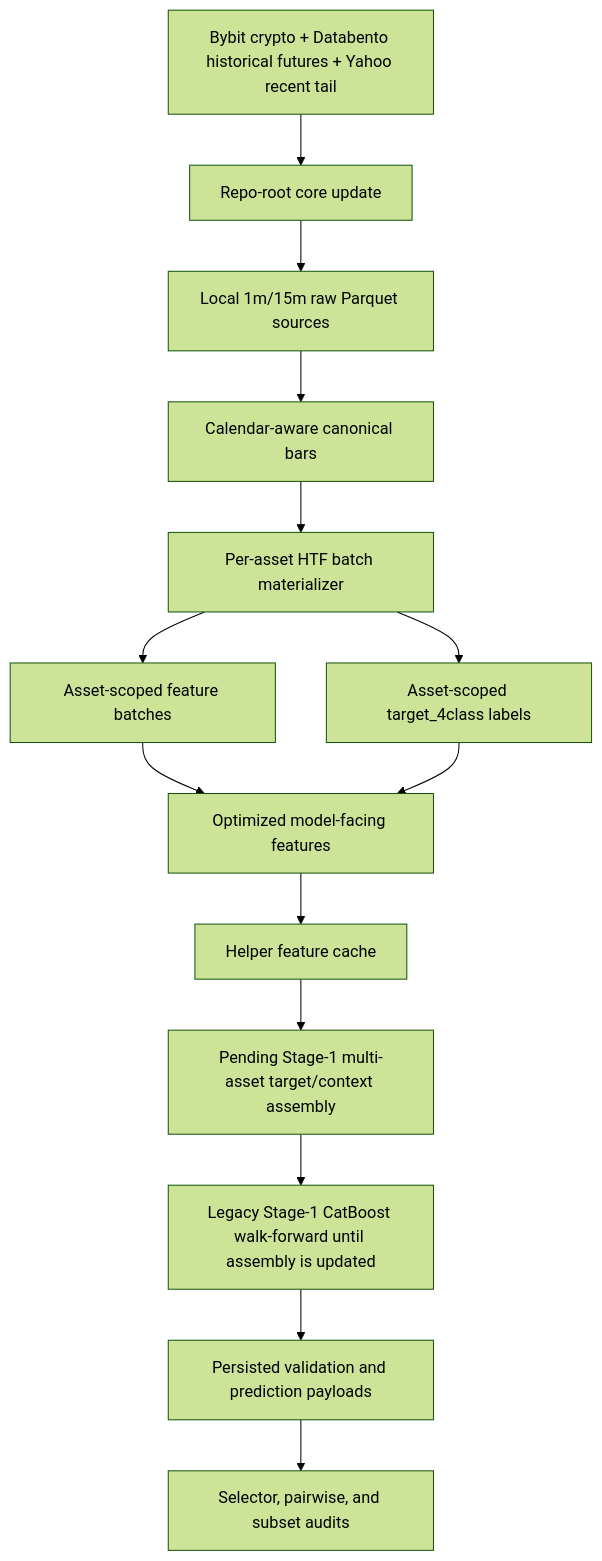
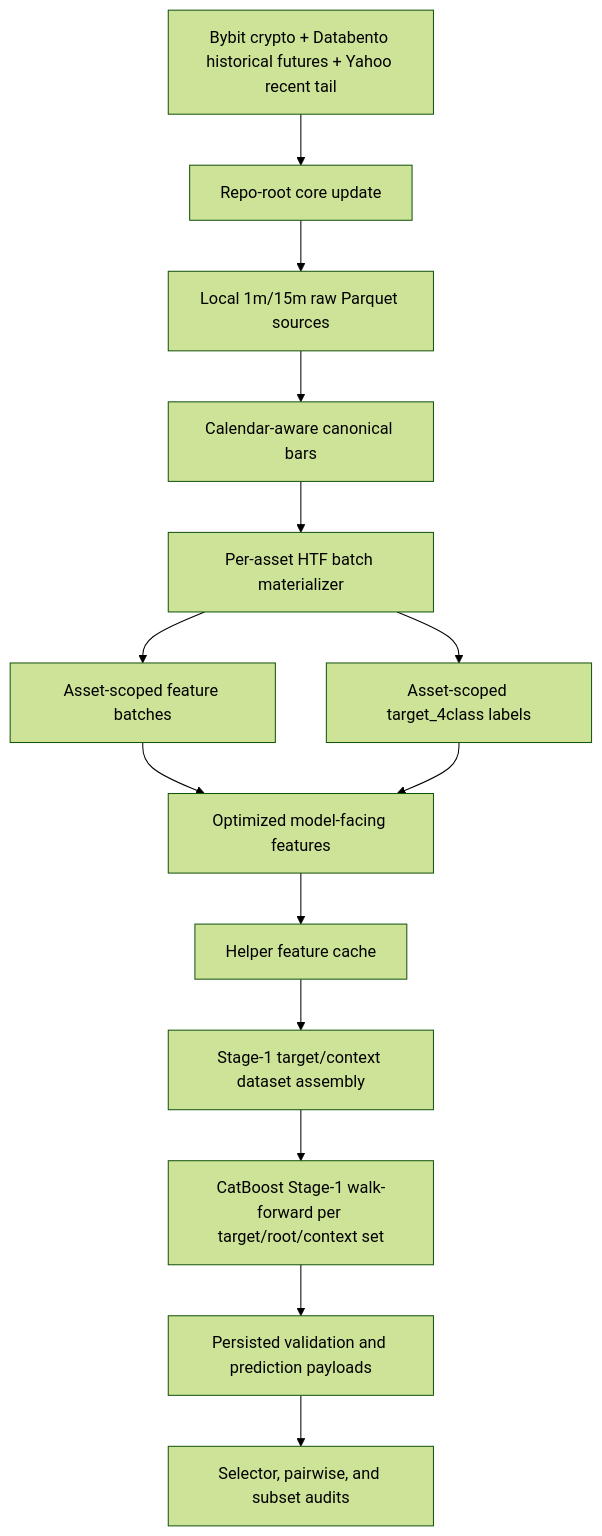
The diagram in docs/architecture/htf-workflow-architecture.md (Pr3ez/RiskYieldMM), drawn with Mermaid (forest theme) before and after one commit. The commit also changed other lines of this file and 22 other files, not shown here.

Commit message:
Add multi-asset Stage-1 dataset assembly

````diff
--- a/docs/architecture/htf-workflow-architecture.md
+++ b/docs/architecture/htf-workflow-architecture.md
@@ -11,16 +11,16 @@
 ```mermaid
 flowchart TD
     A[Bybit crypto + Databento historical futures + Yahoo recent tail] --> B[Repo-root core update]
     B --> C[Local 1m/15m raw Parquet sources]
     C --> D[Calendar-aware canonical bars]
     D --> E[Per-asset HTF batch materializer]
     E --> F[Asset-scoped feature batches]
     E --> G[Asset-scoped target_4class labels]
     F --> H[Optimized model-facing features]
     G --> H
     H --> I[Helper feature cache]
-    I --> J[Pending Stage-1 multi-asset target/context assembly]
-    J --> K[Legacy Stage-1 CatBoost walk-forward until assembly is updated]
+    I --> J[Stage-1 target/context dataset assembly]
+    J --> K[CatBoost Stage-1 walk-forward per target/root/context set]
     K --> L[Persisted validation and prediction payloads]
     L --> M[Selector, pairwise, and subset audits]
 ```
````
